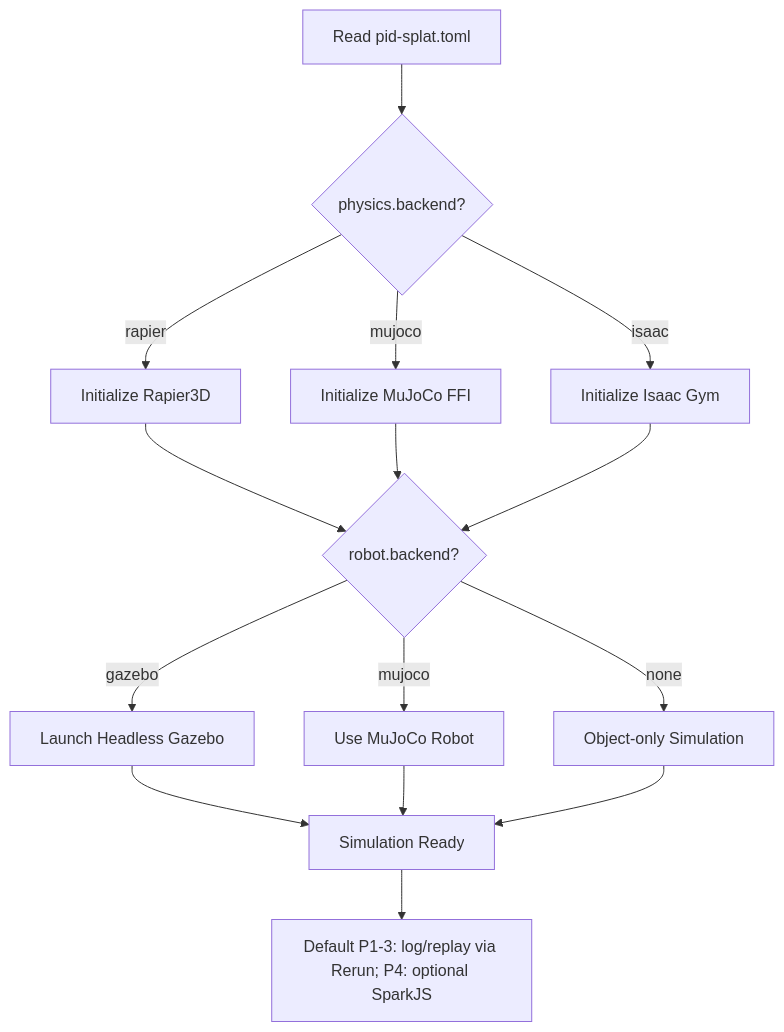
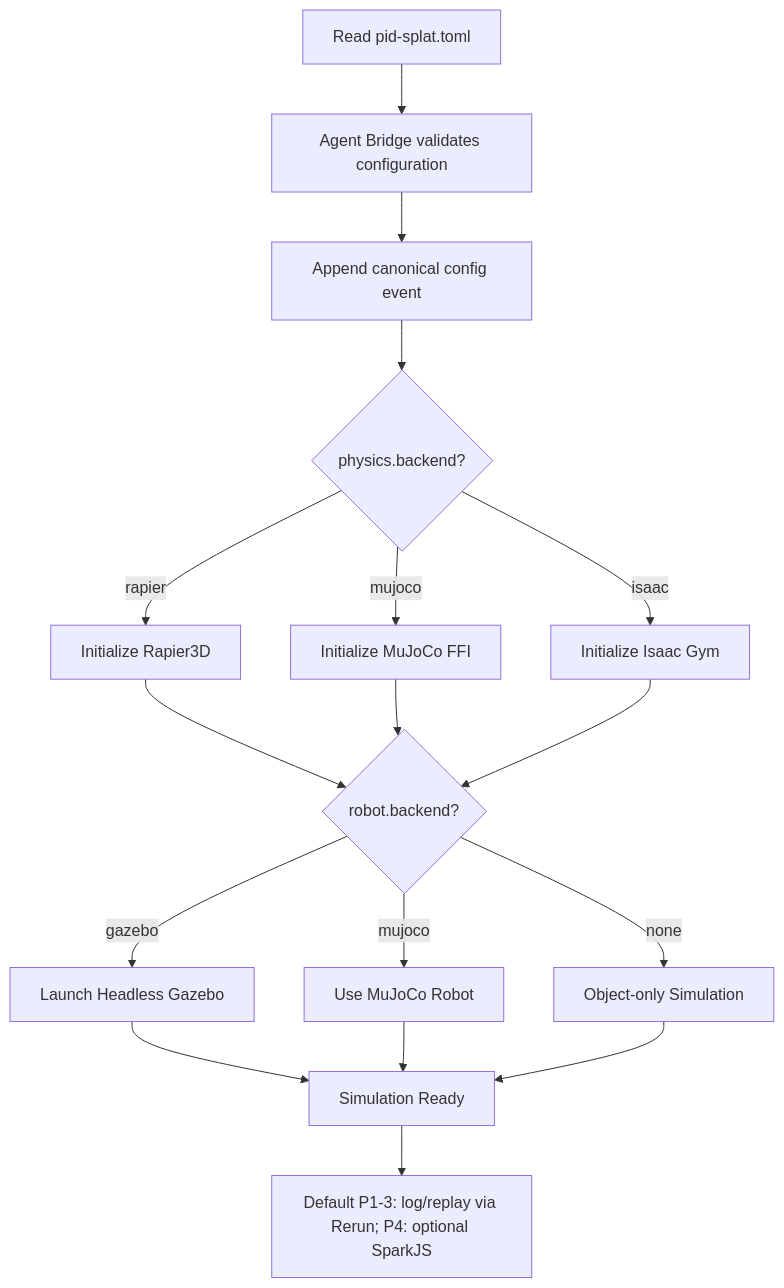
One commit to sepahead/prisoma changed the eighth of 18 diagrams in DIAGRAMS.md. Above: the diagram before and after it, drawn with Mermaid. The commit also changed other lines of this file and 20 other files, not shown here.

````diff
--- a/DIAGRAMS.md
+++ b/DIAGRAMS.md
@@ -332,22 +351,24 @@
 ```mermaid
 flowchart TD
-    Start[Read pid-splat.toml] --> CheckPhys{physics.backend?}
+    Start[Read pid-splat.toml] --> Bridge[Agent Bridge validates configuration]
+    Bridge --> ConfigLog[Append canonical config event]
+    ConfigLog --> CheckPhys{physics.backend?}
     
     CheckPhys -->|rapier| Rapier[Initialize Rapier3D]
     CheckPhys -->|mujoco| MuJoCo[Initialize MuJoCo FFI]
     CheckPhys -->|isaac| Isaac[Initialize Isaac Gym]
     
     Rapier --> CheckRobot{robot.backend?}
     MuJoCo --> CheckRobot
     Isaac --> CheckRobot
     
     CheckRobot -->|gazebo| Gazebo[Launch Headless Gazebo]
     CheckRobot -->|mujoco| MuJoCoR[Use MuJoCo Robot]
     CheckRobot -->|none| NoRobot[Object-only Simulation]
     
     Gazebo --> Ready[Simulation Ready]
     MuJoCoR --> Ready
     NoRobot --> Ready
     
     Ready --> Render[Default P1-3: log/replay via Rerun; P4: optional SparkJS]
 ```
````
